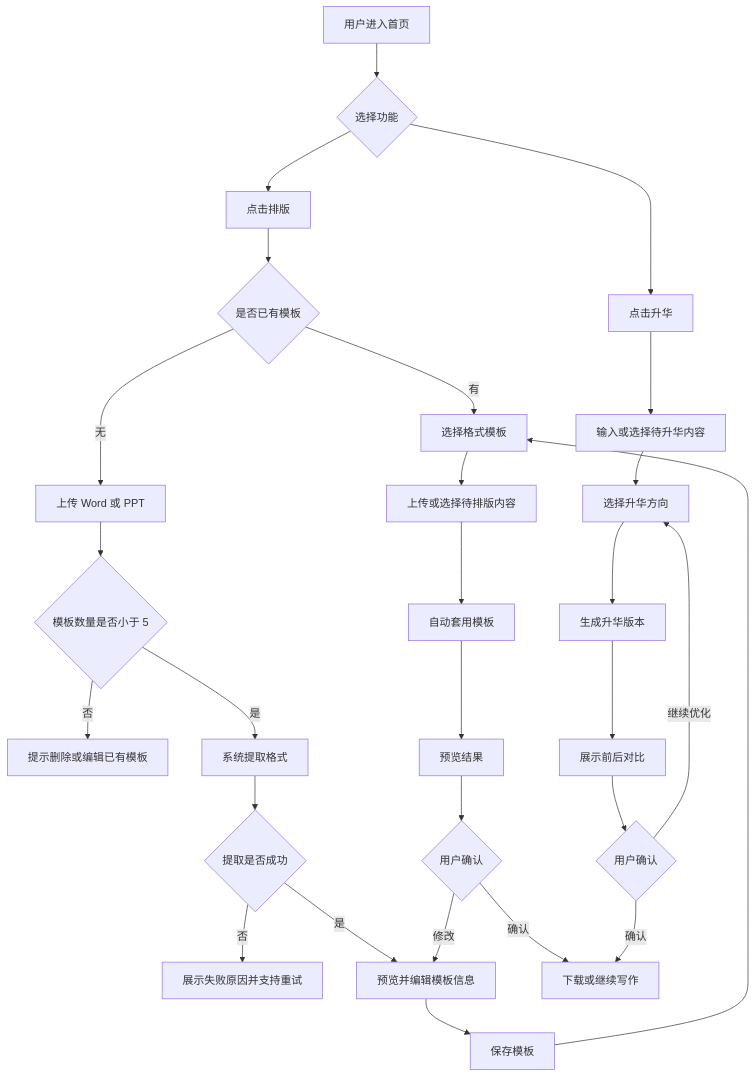
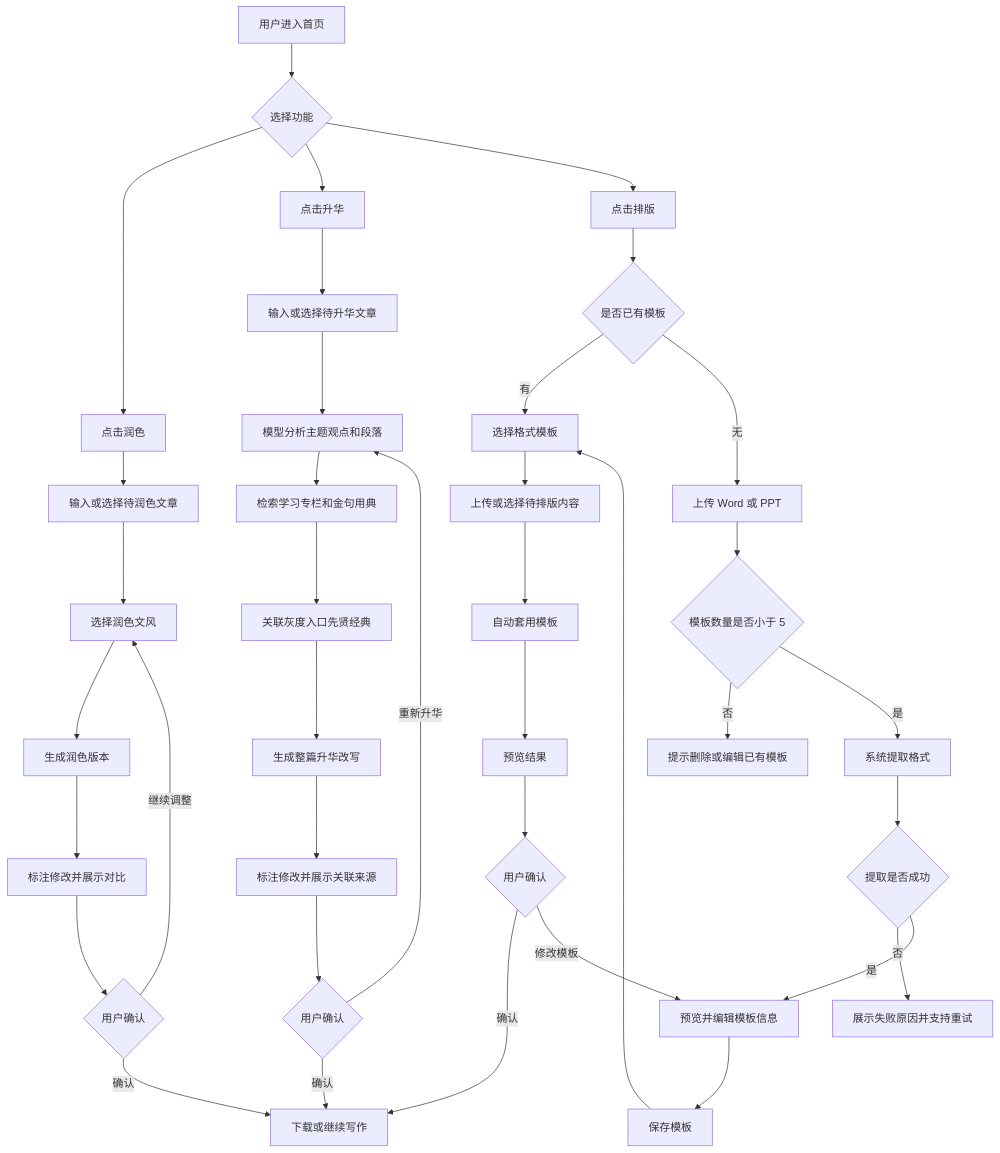
Before and after one commit to wfpepsi/mlt: the diagram in PRD.md, drawn with Mermaid. The commit also changed other lines of this file, not shown here.

````diff
--- a/PRD.md
+++ b/PRD.md
@@ -48,32 +59,43 @@
 ```mermaid
 flowchart TD
     A[用户进入首页] --> B{选择功能}
-    B --> C[点击排版]
+    B --> C[点击润色]
     B --> D[点击升华]
+    B --> E[点击排版]
 
-    C --> E{是否已有模板}
-    E -->|有| F[选择格式模板]
-    E -->|无| G[上传 Word 或 PPT]
-    G --> H{模板数量是否小于 5}
-    H -->|否| I[提示删除或编辑已有模板]
-    H -->|是| J[系统提取格式]
-    J --> K{提取是否成功}
-    K -->|否| L[展示失败原因并支持重试]
-    K -->|是| M[预览并编辑模板信息]
-    M --> N[保存模板]
-    N --> F
-    F --> O[上传或选择待排版内容]
-    O --> P[自动套用模板]
-    P --> Q[预览结果]
+    C --> F[输入或选择待润色文章]
+    F --> G[选择润色文风]
+    G --> H[生成润色版本]
+    H --> I[标注修改并展示对比]
+    I --> J{用户确认}
+    J -->|确认| K[下载或继续写作]
+    J -->|继续调整| G
+
+    D --> L[输入或选择待升华文章]
+    L --> M[模型分析主题观点和段落]
+    M --> N[检索学习专栏和金句用典]
+    N --> O[关联灰度入口先贤经典]
+    O --> P[生成整篇升华改写]
+    P --> Q[标注修改并展示关联来源]
     Q --> R{用户确认}
-    R -->|确认| S[下载或继续写作]
-    R -->|修改| M
+    R -->|确认| K
+    R -->|重新升华| M
 
-    D --> T[输入或选择待升华内容]
-    T --> U[选择升华方向]
-    U --> V[生成升华版本]
-    V --> W[展示前后对比]
-    W --> X{用户确认}
-    X -->|确认| S
-    X -->|继续优化| U
+    E --> S{是否已有模板}
+    S -->|有| T[选择格式模板]
+    S -->|无| U[上传 Word 或 PPT]
+    U --> V{模板数量是否小于 5}
+    V -->|否| W[提示删除或编辑已有模板]
+    V -->|是| X[系统提取格式]
+    X --> Y{提取是否成功}
+    Y -->|否| Z[展示失败原因并支持重试]
+    Y -->|是| AA[预览并编辑模板信息]
+    AA --> AB[保存模板]
+    AB --> T
+    T --> AC[上传或选择待排版内容]
+    AC --> AD[自动套用模板]
+    AD --> AE[预览结果]
+    AE --> AF{用户确认}
+    AF -->|确认| K
+    AF -->|修改模板| AA
 ```
````
